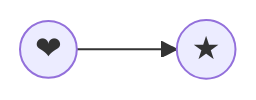
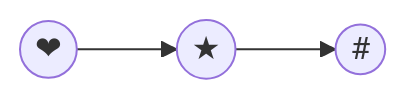
Before and after one commit to GreatBahram/bisect-exercise: the diagram in readme.md, drawn with Mermaid.

Commit message:
connect b -> c, using # symbol there

````diff
--- a/readme.md
+++ b/readme.md
@@ -5,4 +5,5 @@
 ```mermaid
 graph LR;
     A((❤)) --> B((★));
+    B --> C((#));
 ```
````
